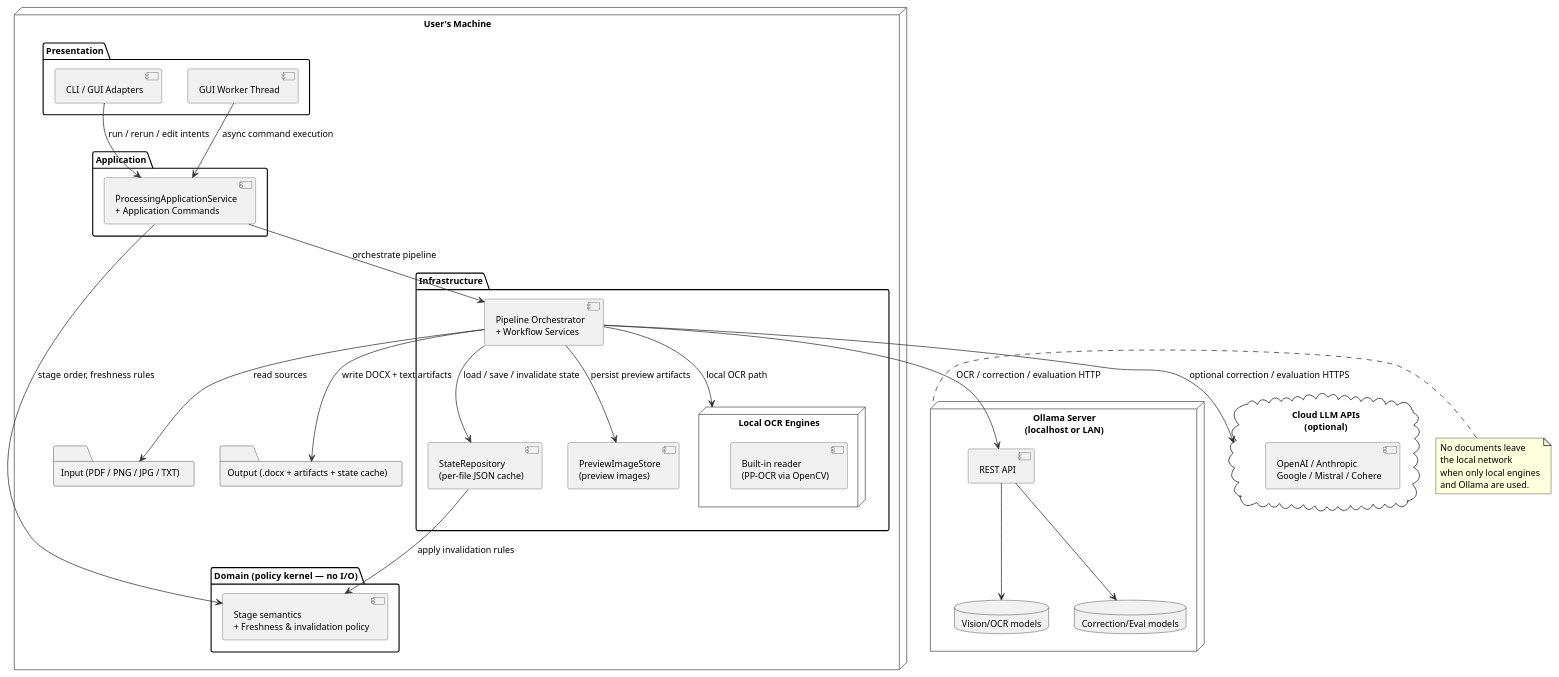
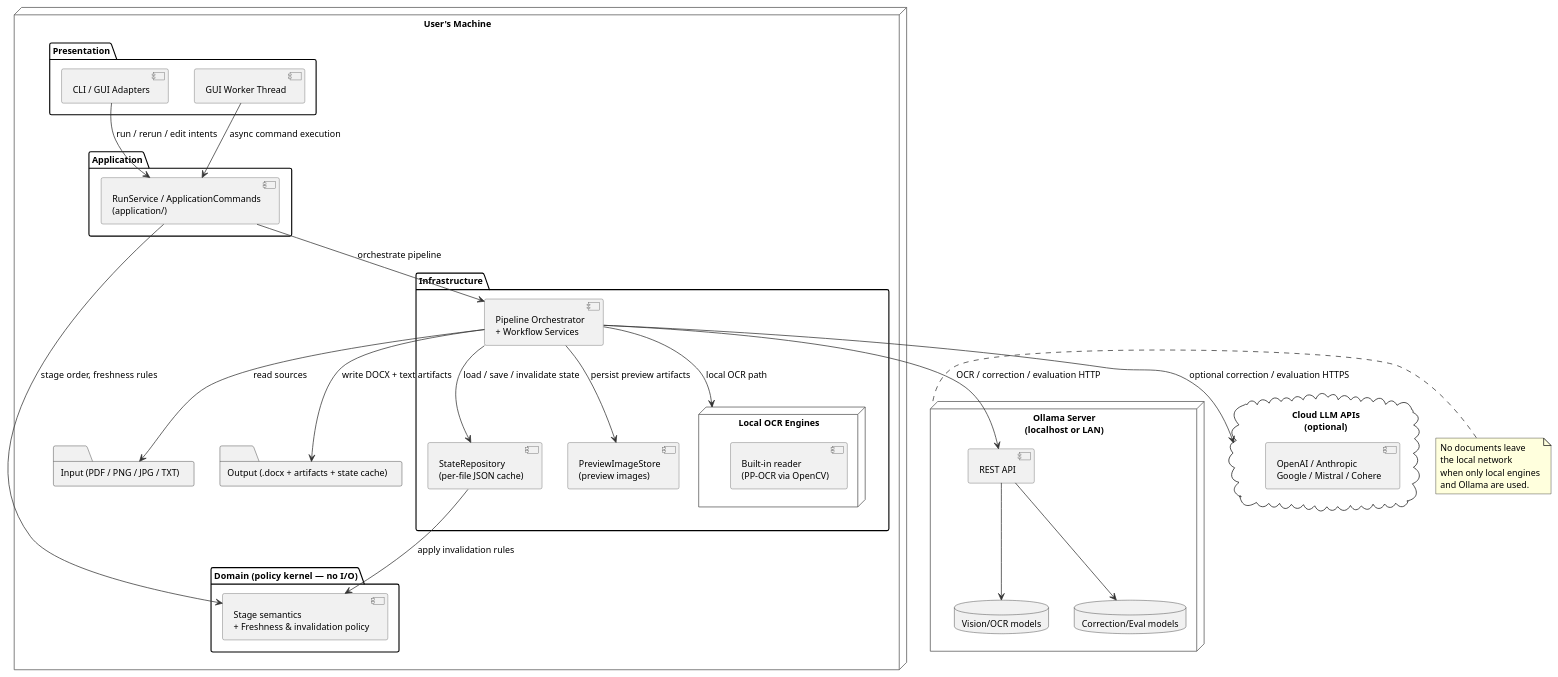
The diagram in docs/assets/deployment_diagram.puml (JoHoenk/teachers-teammate), drawn with PlantUML before and after one commit. The commit also changed 53 other files, not shown here.

First line of the commit message:
[app, gui, tests, docs] Run the pipeline through a RunService

```diff
--- a/docs/assets/deployment_diagram.puml
+++ b/docs/assets/deployment_diagram.puml
@@ -1,75 +1,75 @@
 @startuml Teacher's Teammate — Deployment Diagram (Layered Runtime)
 top to bottom direction
 
 skinparam defaultFontSize 12
 skinparam nodeBorderColor #555555
 skinparam componentBorderColor #555555
 skinparam arrowColor #333333
 skinparam shadowing false
 skinparam noteBackgroundColor #FFFFDD
 
 node "User's Machine" as LOCAL {
   package "Presentation" {
     component "CLI / GUI Adapters" as PRES
     component "GUI Worker Thread" as WORKER
   }
 
   package "Application" {
-    component "ProcessingApplicationService\n+ Application Commands" as APP
+    component "RunService / ApplicationCommands\n(application/)" as APP
   }
 
   package "Domain  (policy kernel — no I/O)" {
     component "Stage semantics\n+ Freshness & invalidation policy" as DOMAIN
   }
 
   package "Infrastructure" {
     component "Pipeline Orchestrator\n+ Workflow Services" as WORKFLOW
     component "StateRepository\n(per-file JSON cache)" as STATE
     component "PreviewImageStore\n(preview images)" as ART
     node "Local OCR Engines" as LOCAL_OCR {
       component "Built-in reader\n(PP-OCR via OpenCV)" as READER
     }
   }
 
   folder "Input (PDF / PNG / JPG / TXT)" as IN_FILES
   folder "Output (.docx + artifacts + state cache)" as OUT_FILES
 }
 
 node "Ollama Server\n(localhost or LAN)" as OLLAMA_HOST {
   component "REST API" as OLLAMA_API
   database "Vision/OCR models" as OCR_MDL
   database "Correction/Eval models" as CORR_MDL
   OLLAMA_API --> OCR_MDL
   OLLAMA_API --> CORR_MDL
 }
 
 note right of OLLAMA_HOST
   No documents leave
   the local network
   when only local engines
   and Ollama are used.
 end note
 
 cloud "Cloud LLM APIs\n(optional)" as CLOUD {
   component "OpenAI / Anthropic\nGoogle / Mistral / Cohere" as PROVIDERS
 }
 
 ' Control flow
 PRES   --> APP      : run / rerun / edit intents
 WORKER --> APP      : async command execution
 
 ' Application consults domain policy and delegates to infrastructure
 APP --> DOMAIN   : stage order, freshness rules
 APP --> WORKFLOW : orchestrate pipeline
 
 ' Infrastructure does all I/O
 WORKFLOW --> STATE        : load / save / invalidate state
 STATE    --> DOMAIN       : apply invalidation rules
 WORKFLOW --> ART          : persist preview artifacts
 WORKFLOW --> LOCAL_OCR    : local OCR path
 WORKFLOW --> OLLAMA_API   : OCR / correction / evaluation HTTP
 WORKFLOW --> CLOUD        : optional correction / evaluation HTTPS
 WORKFLOW --> IN_FILES     : read sources
 WORKFLOW --> OUT_FILES    : write DOCX + text artifacts
 
 @enduml
```
